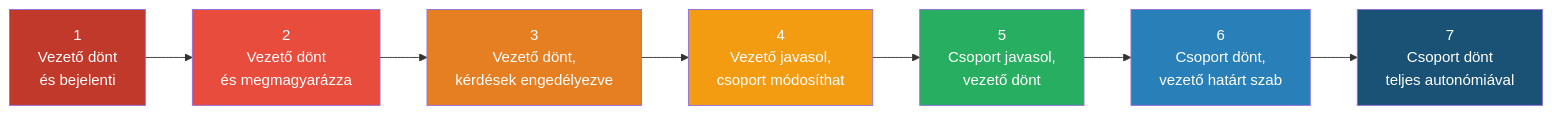
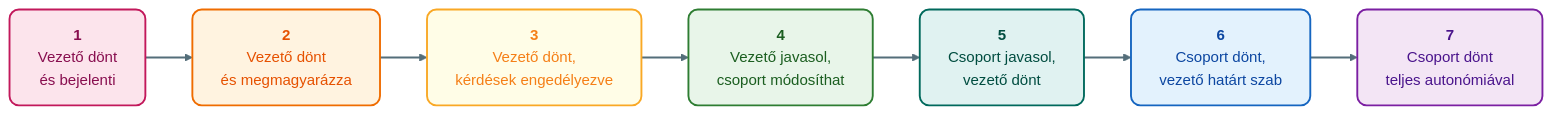
The diagram in Tételek/K05-GMXMD1MBLF-Vezetői stílusok.tétel.md (denespocsik/MM_BSC_Zarovizsga), drawn with Mermaid before and after one commit. The commit also changed 34 other files, not shown here.

First line of the commit message:
style(tételek): egységes vizuális arculat a Mermaid-diagramokhoz

````diff
--- a/Tételek/K05-GMXMD1MBLF-Vezetői stílusok.tétel.md
+++ b/Tételek/K05-GMXMD1MBLF-Vezetői stílusok.tétel.md
@@ -46,17 +46,19 @@
 ```mermaid
 graph LR
-    A1["1\nVezető dönt\nés bejelenti"] --> A2["2\nVezető dönt\nés megmagyarázza"]
-    A2 --> A3["3\nVezető dönt,\nkérdések engedélyezve"]
-    A3 --> A4["4\nVezető javasol,\ncsoport módosíthat"]
-    A4 --> A5["5\nCsoport javasol,\nvezető dönt"]
-    A5 --> A6["6\nCsoport dönt,\nvezető határt szab"]
-    A6 --> A7["7\nCsoport dönt\nteljes autonómiával"]
+    A1["<b>1</b><br/>Vezető dönt<br/>és bejelenti"]:::rozsa --> A2["<b>2</b><br/>Vezető dönt<br/>és megmagyarázza"]:::narancs
+    A2 --> A3["<b>3</b><br/>Vezető dönt,<br/>kérdések engedélyezve"]:::sarga
+    A3 --> A4["<b>4</b><br/>Vezető javasol,<br/>csoport módosíthat"]:::zold
+    A4 --> A5["<b>5</b><br/>Csoport javasol,<br/>vezető dönt"]:::turkiz
+    A5 --> A6["<b>6</b><br/>Csoport dönt,<br/>vezető határt szab"]:::kek
+    A6 --> A7["<b>7</b><br/>Csoport dönt<br/>teljes autonómiával"]:::lila
 
-    style A1 fill:#c0392b,color:#fff
-    style A2 fill:#e74c3c,color:#fff
-    style A3 fill:#e67e22,color:#fff
-    style A4 fill:#f39c12,color:#fff
-    style A5 fill:#27ae60,color:#fff
-    style A6 fill:#2980b9,color:#fff
-    style A7 fill:#1a5276,color:#fff
+    classDef kek     fill:#e3f2fd,stroke:#1565c0,stroke-width:2px,color:#0d47a1,rx:10,ry:10;
+    classDef zold    fill:#e8f5e9,stroke:#2e7d32,stroke-width:2px,color:#1b5e20,rx:10,ry:10;
+    classDef narancs fill:#fff3e0,stroke:#ef6c00,stroke-width:2px,color:#e65100,rx:10,ry:10;
+    classDef rozsa   fill:#fce4ec,stroke:#c2185b,stroke-width:2px,color:#880e4f,rx:10,ry:10;
+    classDef lila    fill:#f3e5f5,stroke:#7b1fa2,stroke-width:2px,color:#4a148c,rx:10,ry:10;
+    classDef turkiz  fill:#e0f2f1,stroke:#00695c,stroke-width:2px,color:#004d40,rx:10,ry:10;
+    classDef sarga   fill:#fffde7,stroke:#f9a825,stroke-width:2px,color:#f57f17,rx:10,ry:10;
+
+    linkStyle default stroke:#546e7a,stroke-width:2px;
 ```
````
